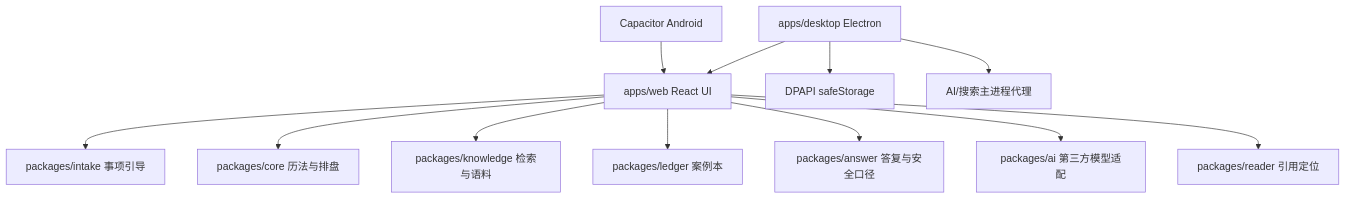
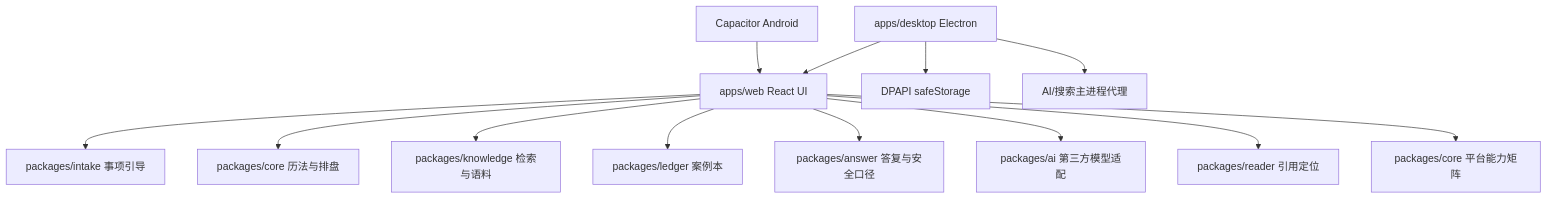
One commit to liushikuan63/xuanshu-plus changed the diagram in wiki/Architecture.md. Above: the diagram before and after it, drawn with Mermaid. The commit also changed other lines of this file and 9 other files, not shown here.

````diff
--- a/wiki/Architecture.md
+++ b/wiki/Architecture.md
@@ -5,14 +5,15 @@
 ```mermaid
 flowchart TD
   UI[apps/web React UI] --> Intake[packages/intake 事项引导]
   UI --> Core[packages/core 历法与排盘]
   UI --> Knowledge[packages/knowledge 检索与语料]
   UI --> Ledger[packages/ledger 案例本]
   UI --> Answer[packages/answer 答复与安全口径]
   UI --> AI[packages/ai 第三方模型适配]
   UI --> Reader[packages/reader 引用定位]
+  UI --> Platform[packages/core 平台能力矩阵]
   Desktop[apps/desktop Electron] --> UI
   Desktop --> Keychain[DPAPI safeStorage]
   Desktop --> Proxy[AI/搜索主进程代理]
   Android[Capacitor Android] --> UI
 ```
````
